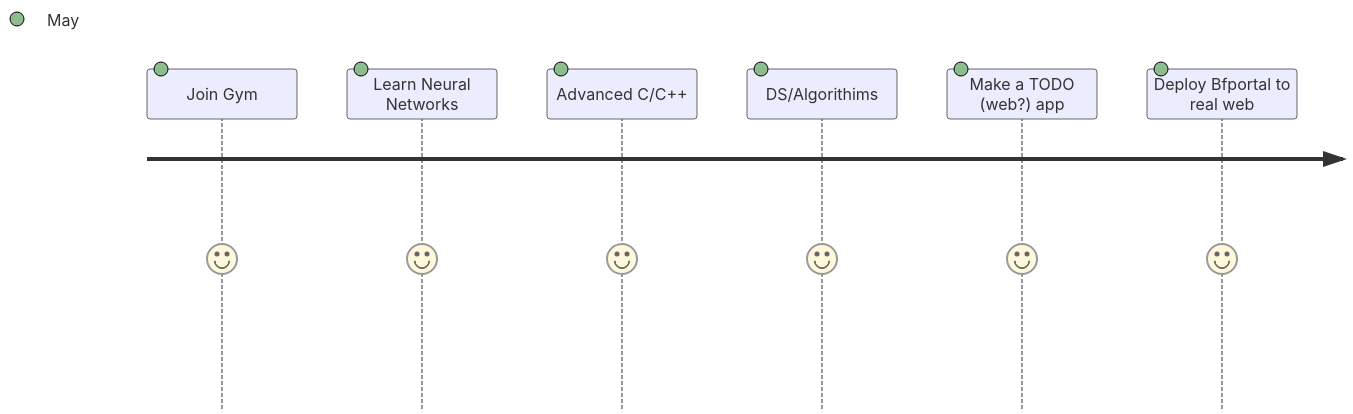
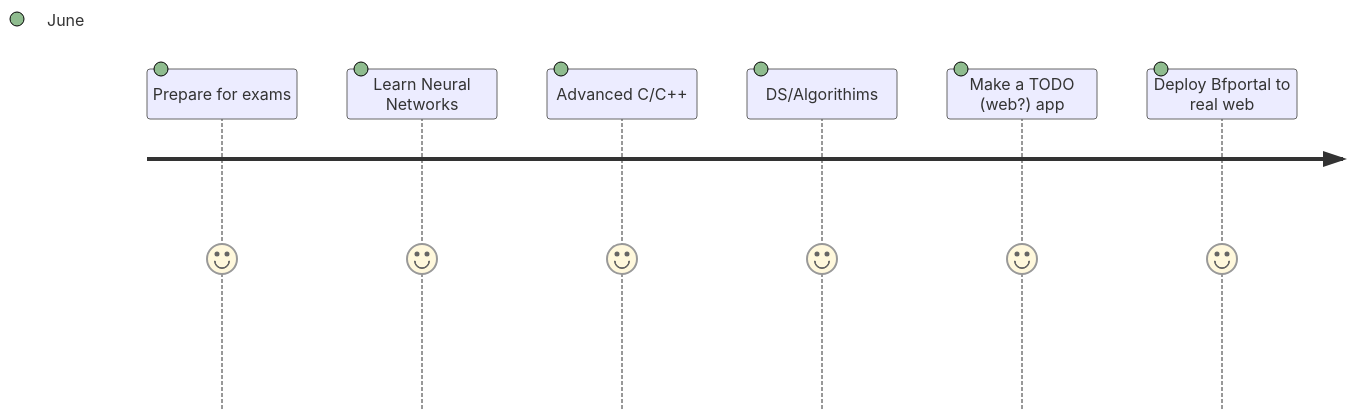
The diagram in static_readme.md (p0lygun/p0lygun), drawn with Mermaid before and after one commit.

````diff
--- a/static_readme.md
+++ b/static_readme.md
@@ -26,9 +26,9 @@
 ```mermaid
 journey
-    Join Gym:5:May
-    Learn Neural Networks: 5: May
-    Advanced C/C++: 5: May
-    DS/Algorithims:5:May
-    Make a TODO (web?) app:5:May
-    Deploy Bfportal to real web:5:May
+    Prepare for exams:5:June
+    Learn Neural Networks: 5: June
+    Advanced C/C++: 5: June
+    DS/Algorithims:5:June
+    Make a TODO (web?) app:5:June
+    Deploy Bfportal to real web:5:June
 ```
````
